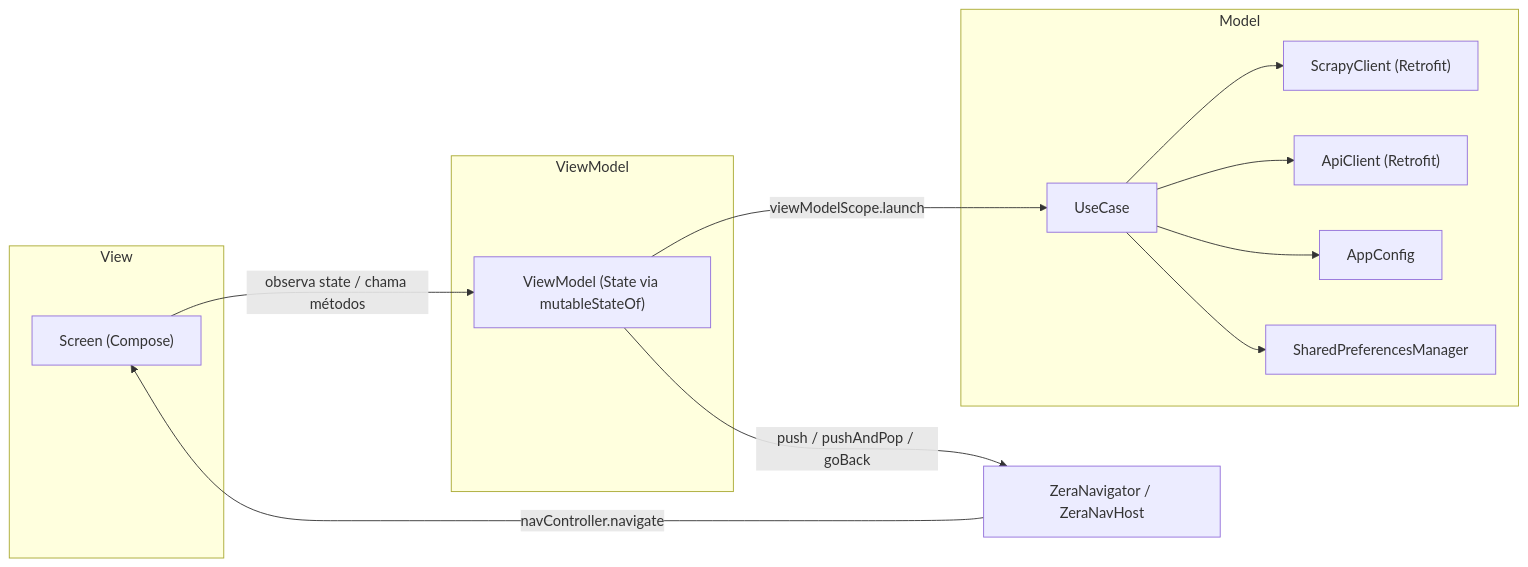
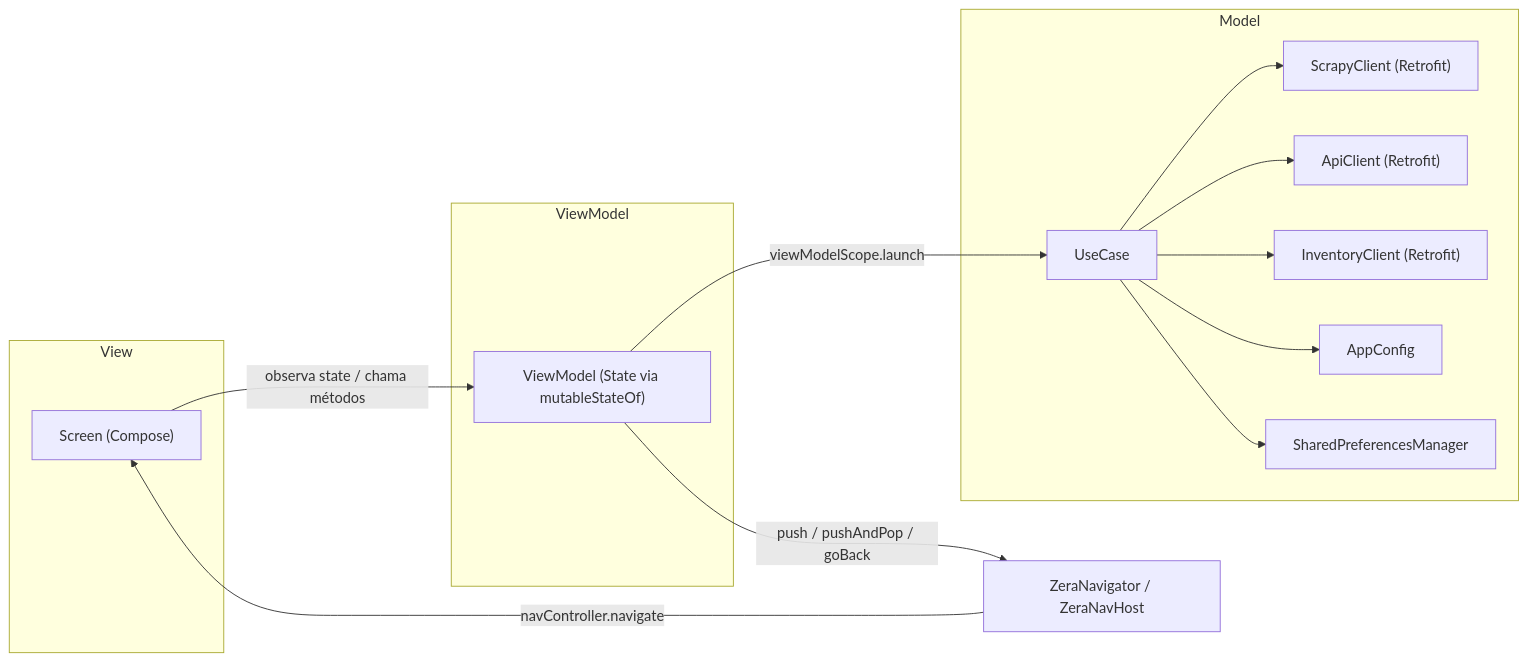
Before and after one commit to zera-interdisciplinar/zera-android-app: the diagram in docs/01-arquitetura.md, drawn with Mermaid. The commit also changed other lines of this file and 54 other files, not shown here.

````diff
--- a/docs/01-arquitetura.md
+++ b/docs/01-arquitetura.md
@@ -110,26 +112,28 @@
 ```mermaid
 flowchart LR
     subgraph View
         Screen["Screen (Compose)"]
     end
     subgraph ViewModel
         VM["ViewModel (State via mutableStateOf)"]
     end
     subgraph Model
         UC["UseCase"]
         Scrapy["ScrapyClient (Retrofit)"]
         API["ApiClient (Retrofit)"]
+        Inventory["InventoryClient (Retrofit)"]
         Config["AppConfig"]
         Prefs["SharedPreferencesManager"]
     end
     Nav["ZeraNavigator / ZeraNavHost"]
 
     Screen -- "observa state / chama métodos" --> VM
     VM -- "viewModelScope.launch" --> UC
     UC --> Scrapy
     UC --> API
+    UC --> Inventory
     UC --> Config
     UC --> Prefs
     VM -- "push / pushAndPop / goBack" --> Nav
     Nav -- "navController.navigate" --> Screen
 ```
````
